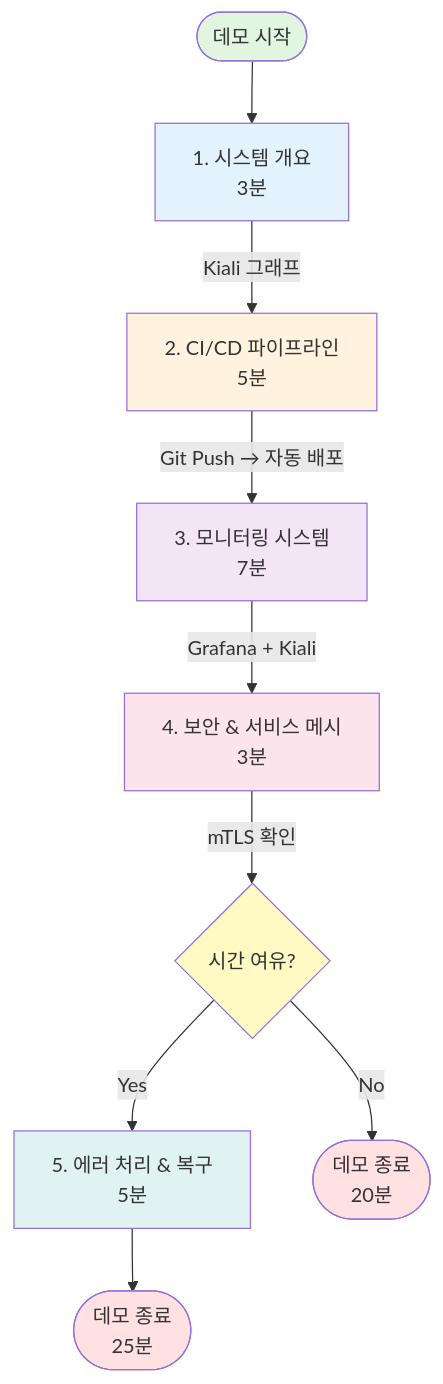
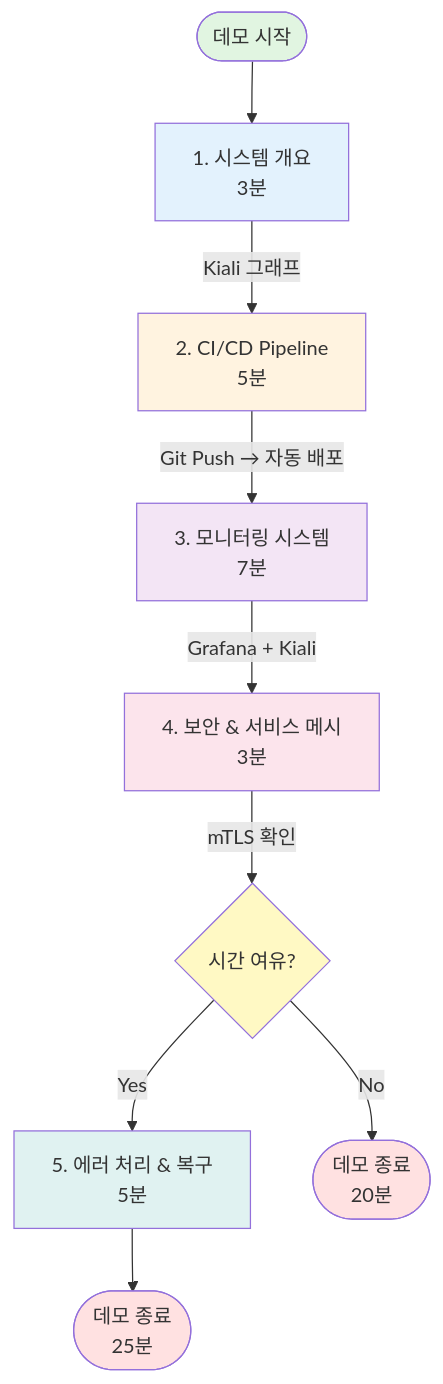
The diagram in docs/07-demo/demo-scenario.md (DvwN-Lee/Monitoring-v2), drawn with Mermaid before and after one commit. The commit also changed other lines of this file and 66 other files, not shown here.

````diff
--- a/docs/07-demo/demo-scenario.md
+++ b/docs/07-demo/demo-scenario.md
@@ -25,21 +25,21 @@
 ```mermaid
 graph TD
     Start([데모 시작]) --> Step1[1. 시스템 개요<br/>3분]
-    Step1 --> |Kiali 그래프| Step2[2. CI/CD 파이프라인<br/>5분]
+    Step1 --> |Kiali 그래프| Step2[2. CI/CD Pipeline<br/>5분]
     Step2 --> |Git Push → 자동 배포| Step3[3. 모니터링 시스템<br/>7분]
     Step3 --> |Grafana + Kiali| Step4[4. 보안 & 서비스 메시<br/>3분]
     Step4 --> |mTLS 확인| Decision{시간 여유?}
     Decision --> |Yes| Step5[5. 에러 처리 & 복구<br/>5분]
     Decision --> |No| End([데모 종료<br/>20분])
     Step5 --> End2([데모 종료<br/>25분])
 
     style Start fill:#e1f5e1
     style End fill:#ffe1e1
     style End2 fill:#ffe1e1
     style Step1 fill:#e3f2fd
     style Step2 fill:#fff3e0
     style Step3 fill:#f3e5f5
     style Step4 fill:#fce4ec
     style Step5 fill:#e0f2f1
     style Decision fill:#fff9c4
 ```
````
